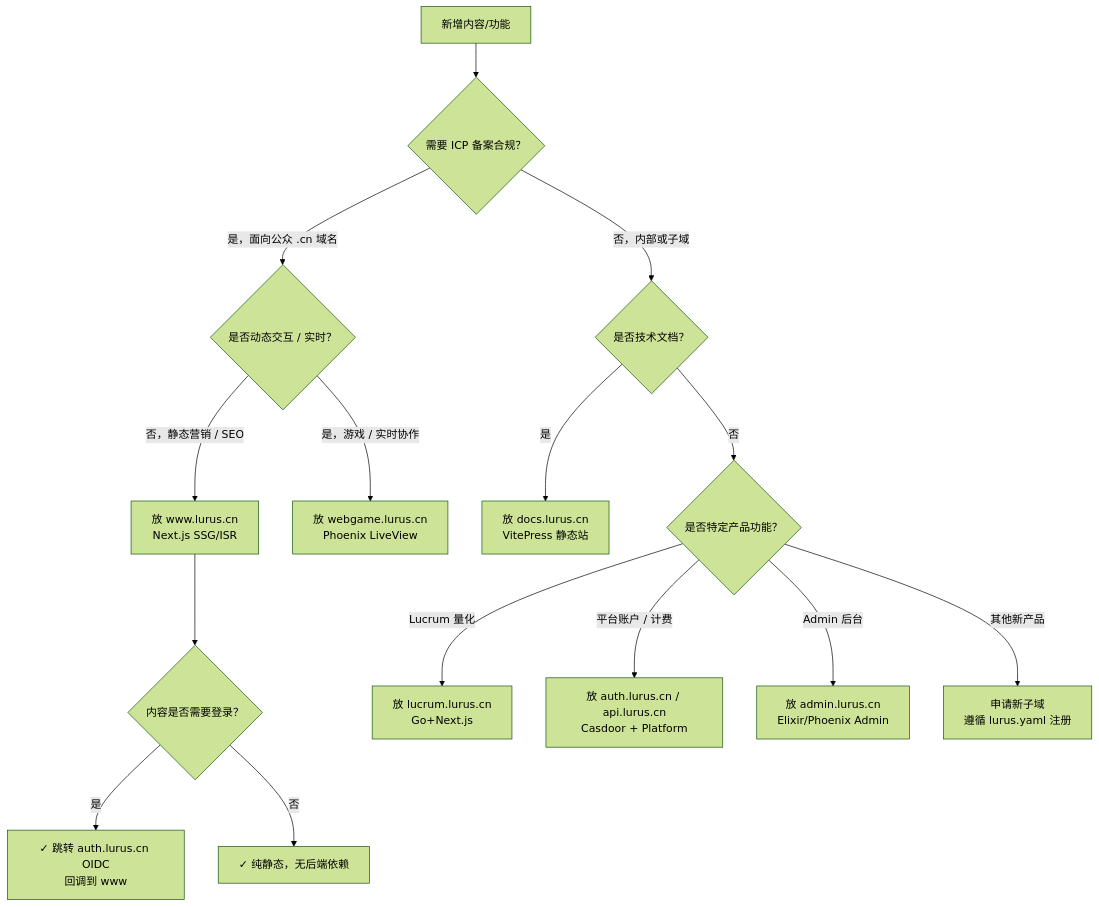
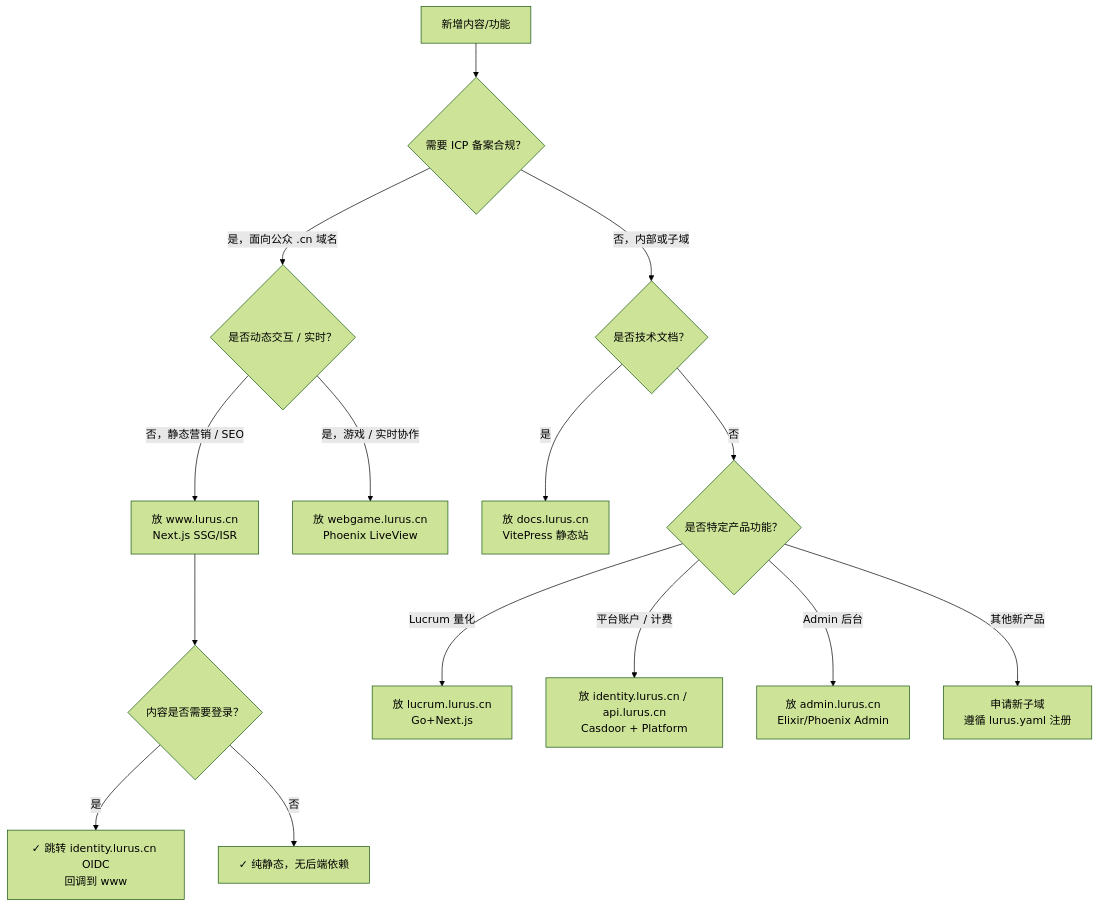
One commit to hanmahong5-arch/lurus-docs changed the fifth of 8 diagrams in internal/products/web.md. Above: the diagram before and after it, drawn with Mermaid (forest theme). The commit also changed other lines of this file and 76 other files, not shown here.

````diff
--- a/internal/products/web.md
+++ b/internal/products/web.md
@@ -568,21 +568,21 @@
 ```mermaid
 graph TD
     A[新增内容/功能] --> B{需要 ICP 备案合规？}
     B -->|是，面向公众 .cn 域名| C{是否动态交互 / 实时？}
     B -->|否，内部或子域| D{是否技术文档？}
 
     C -->|否，静态营销 / SEO | E[放 www.lurus.cn\nNext.js SSG/ISR]
     C -->|是，游戏 / 实时协作| F[放 webgame.lurus.cn\nPhoenix LiveView]
 
     D -->|是| G[放 docs.lurus.cn\nVitePress 静态站]
     D -->|否| H{是否特定产品功能？}
 
     H -->|Lucrum 量化| I[放 lucrum.lurus.cn\nGo+Next.js]
-    H -->|平台账户 / 计费| J[放 auth.lurus.cn / api.lurus.cn\nCasdoor + Platform]
+    H -->|平台账户 / 计费| J[放 identity.lurus.cn / api.lurus.cn\nCasdoor + Platform]
     H -->|Admin 后台| K[放 admin.lurus.cn\nElixir/Phoenix Admin]
     H -->|其他新产品| L[申请新子域\n遵循 lurus.yaml 注册]
 
     E --> M{内容是否需要登录？}
-    M -->|是| N[✓ 跳转 auth.lurus.cn OIDC\n回调到 www]
+    M -->|是| N[✓ 跳转 identity.lurus.cn OIDC\n回调到 www]
     M -->|否| O[✓ 纯静态，无后端依赖]
 ```
````
